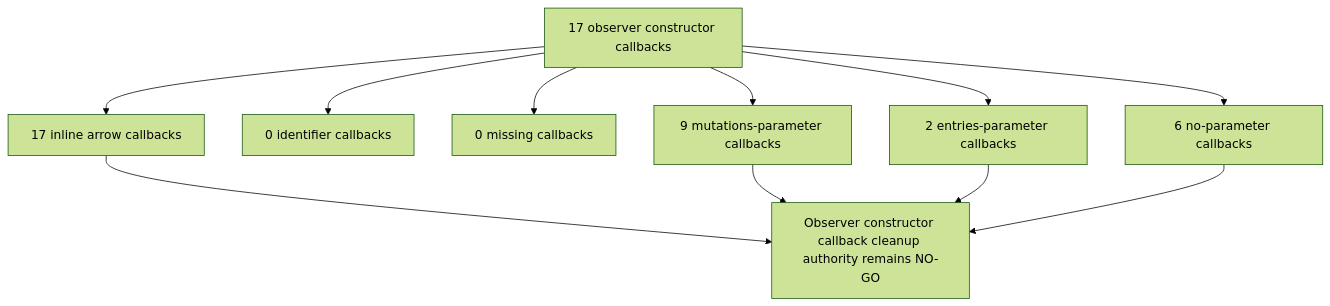
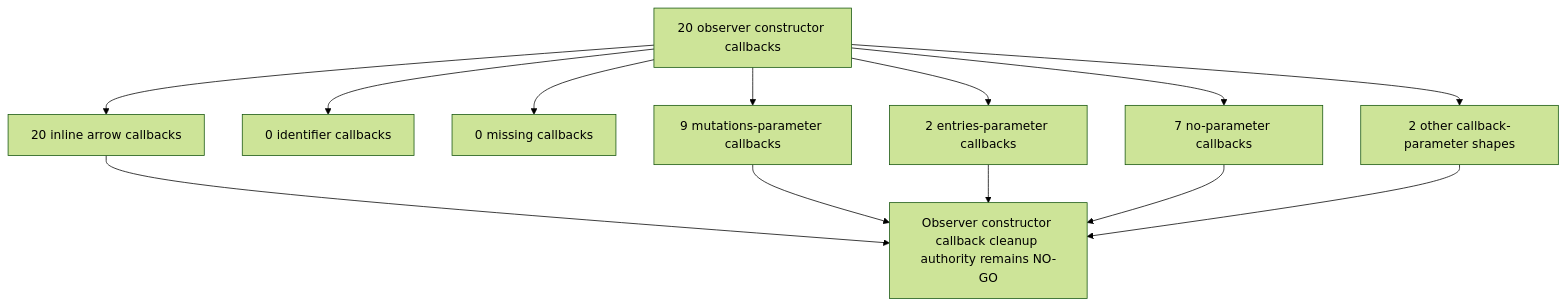
Diagram 16 of 47 in docs/audit/FILTERTUBE_LIFECYCLE_INSTANCE_REGISTER_2026-05-18.md (varshneydevansh/FilterTube), drawn with Mermaid (forest theme) before and after one commit. The commit also changed other lines of this file and 8 other files, not shown here.

````diff
--- a/docs/audit/FILTERTUBE_LIFECYCLE_INSTANCE_REGISTER_2026-05-18.md
+++ b/docs/audit/FILTERTUBE_LIFECYCLE_INSTANCE_REGISTER_2026-05-18.md
@@ -1411,13 +1439,15 @@
 ```mermaid
 flowchart TD
-  A["17 observer constructor callbacks"] --> B["17 inline arrow callbacks"]
+  A["20 observer constructor callbacks"] --> B["20 inline arrow callbacks"]
   A --> C["0 identifier callbacks"]
   A --> D["0 missing callbacks"]
   A --> E["9 mutations-parameter callbacks"]
   A --> F["2 entries-parameter callbacks"]
-  A --> G["6 no-parameter callbacks"]
+  A --> G["7 no-parameter callbacks"]
+  A --> Z["2 other callback-parameter shapes"]
   B --> H["Observer constructor callback cleanup authority remains NO-GO"]
   E --> H
   F --> H
   G --> H
+  Z --> H
 ```
````
